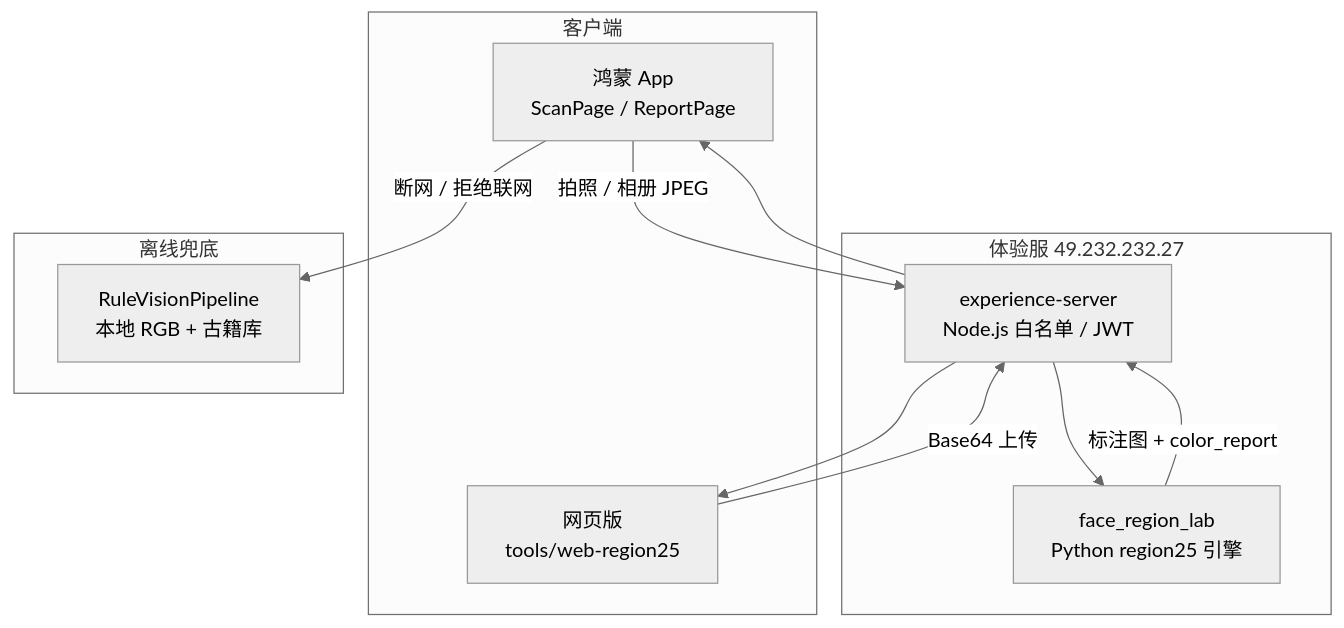
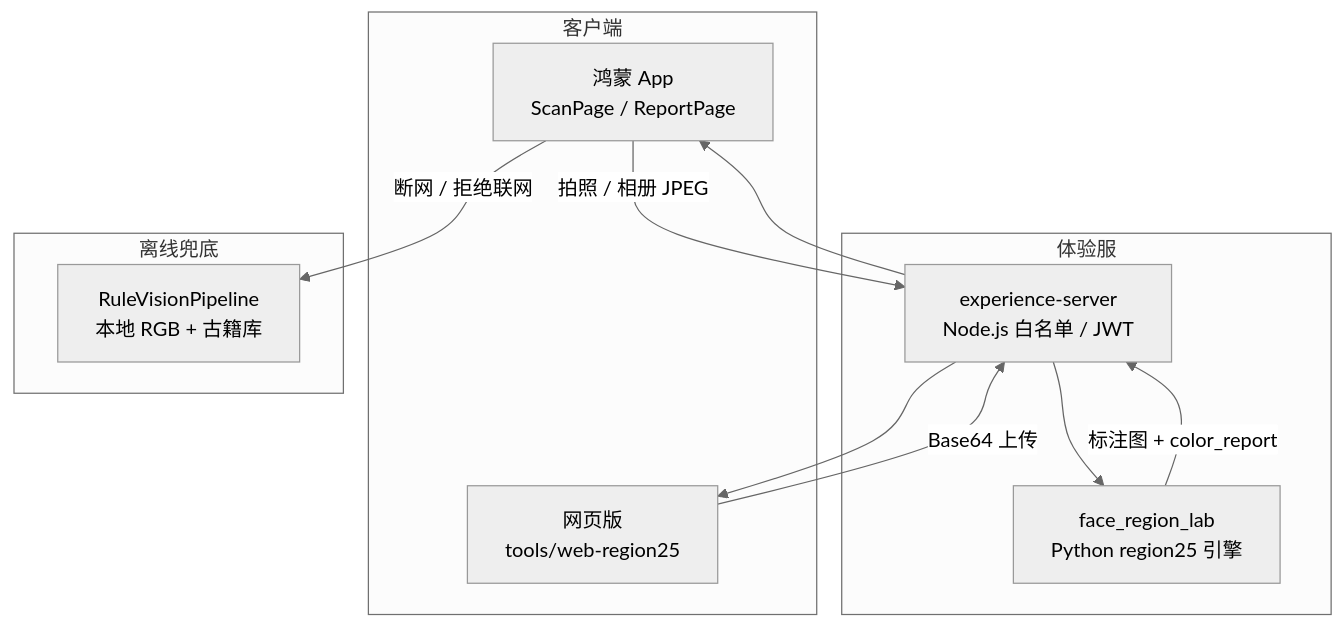
Before and after one commit to qhdhao13/face-diagnosis-app: the diagram in README.md, drawn with Mermaid (neutral theme). The commit also changed other lines of this file and 1 other file, not shown here.

````diff
--- a/README.md
+++ b/README.md
@@ -87,24 +133,24 @@
 ```mermaid
 flowchart TB
   subgraph Client["客户端"]
     APP["鸿蒙 App<br/>ScanPage / ReportPage"]
     WEB["网页版<br/>tools/web-region25"]
   end
 
-  subgraph Server["体验服 49.232.232.27"]
+  subgraph Server["体验服"]
     NODE["experience-server<br/>Node.js 白名单 / JWT"]
     PY["face_region_lab<br/>Python region25 引擎"]
   end
 
   subgraph Fallback["离线兜底"]
     RULE["RuleVisionPipeline<br/>本地 RGB + 古籍库"]
   end
 
   APP -->|拍照 / 相册 JPEG| NODE
   WEB -->|Base64 上传| NODE
   NODE --> PY
   PY -->|标注图 + color_report| NODE
   NODE --> APP
   NODE --> WEB
   APP -->|断网 / 拒绝联网| RULE
 ```
````
